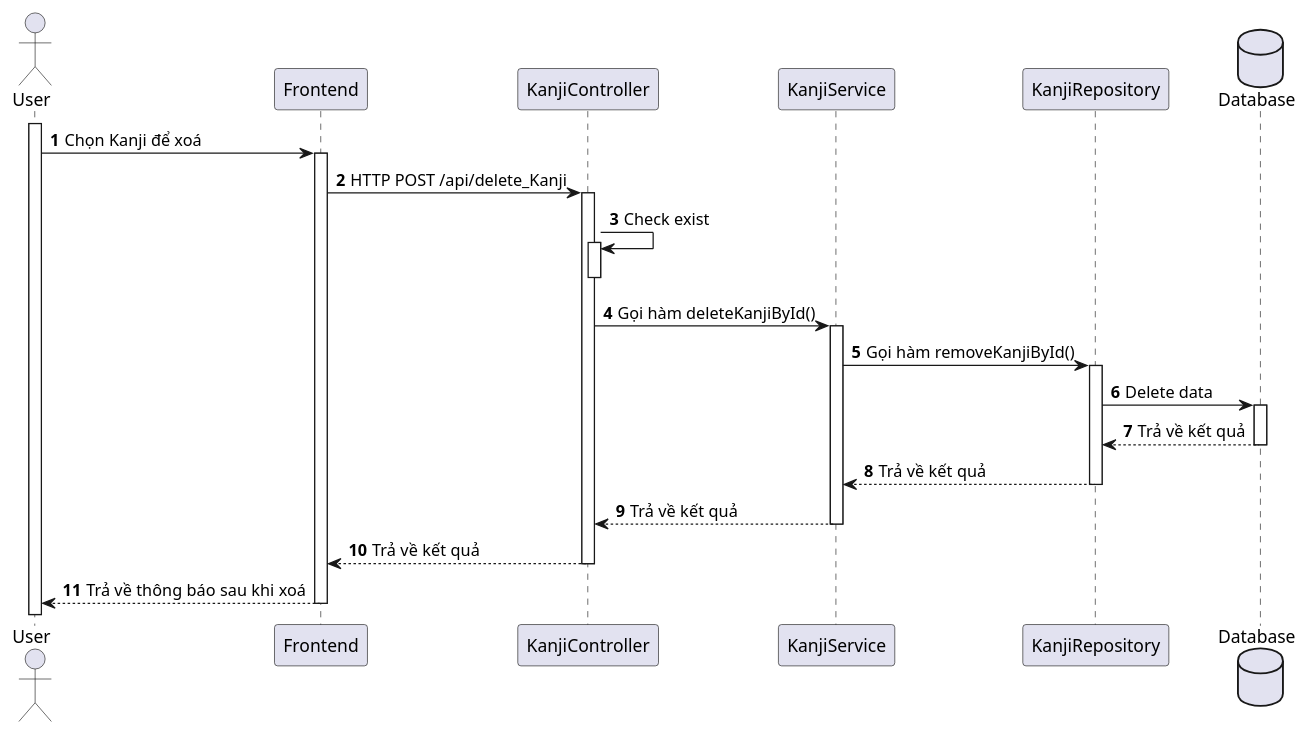
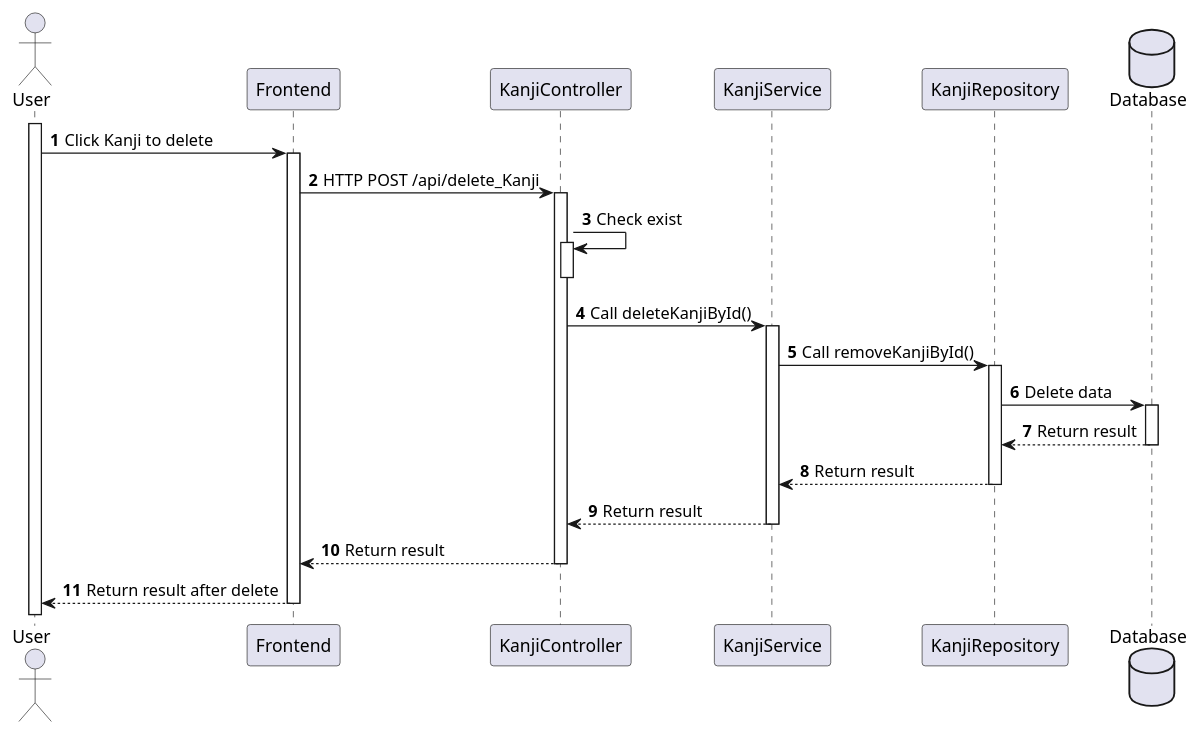
Before and after one commit to Annthe160639/japanese-app: the diagram in japanese-app/plant_uml/Kanji/[Sequence] Kanji_Delete.puml, drawn with PlantUML. The commit also changed 7 other files, not shown here.

Commit message:
update sequence

```diff
--- a/japanese-app/plant_uml/Kanji/[Sequence] Kanji_Delete.puml
+++ b/japanese-app/plant_uml/Kanji/[Sequence] Kanji_Delete.puml
@@ -1,39 +1,39 @@
 @startuml
 actor User
 'participant "Homepage Activity" as Homepage
 participant "Frontend" as Frontend
 participant "KanjiController" as Controller
 participant "KanjiService" as Service
 participant "KanjiRepository" as Repository
 
 database Database
 
 '
 'Use case: Xem danh sách kanji
 '
 
 activate User
 
 autonumber
-User -> Frontend++: Chọn Kanji để xoá
+User -> Frontend++: Click Kanji to delete
 
 '
 'Call API get list radical category
 '
 'Homepage -> Radical++: startActivity(intent)
 Frontend -> Controller++: HTTP POST /api/delete_Kanji
 Controller -> Controller: Check exist
 activate Controller
 deactivate Controller
-Controller -> Service++: Gọi hàm deleteKanjiById()
-Service -> Repository++: Gọi hàm removeKanjiById()
+Controller -> Service++: Call deleteKanjiById()
+Service -> Repository++: Call removeKanjiById()
 Repository -> Database++: Delete data
-Database --> Repository--: Trả về kết quả
-Repository --> Service--: Trả về kết quả
-Service --> Controller--: Trả về kết quả
-Controller --> Frontend--: Trả về kết quả
+Database --> Repository--: Return result
+Repository --> Service--: Return result
+Service --> Controller--: Return result
+Controller --> Frontend--: Return result
 
-Frontend --> User--: Trả về thông báo sau khi xoá
+Frontend --> User--: Return result after delete
 
 
 @enduml
```
